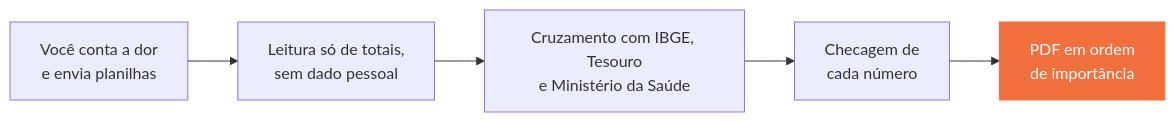
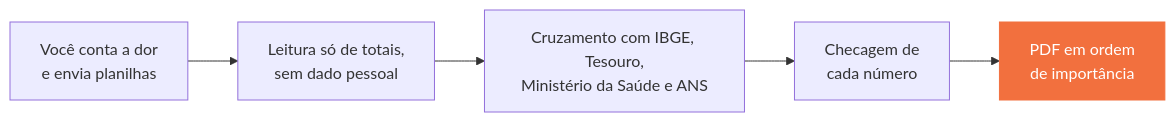
Before and after one commit to guilhermefaj/improve-saude: the diagram in README.md, drawn with Mermaid. The commit also changed other lines of this file and 9 other files, not shown here.

````diff
--- a/README.md
+++ b/README.md
@@ -36,9 +36,9 @@
 ```mermaid
 flowchart LR
   A["Você conta a dor<br>e envia planilhas"] --> B["Leitura só de totais,<br>sem dado pessoal"]
-  B --> C["Cruzamento com IBGE, Tesouro<br>e Ministério da Saúde"]
+  B --> C["Cruzamento com IBGE, Tesouro,<br>Ministério da Saúde e ANS"]
   C --> D["Checagem de<br>cada número"]
   D --> E["PDF em ordem<br>de importância"]
   classDef fim fill:#F2703E,stroke:#F2703E,color:#fff
   class E fim
 ```
````
